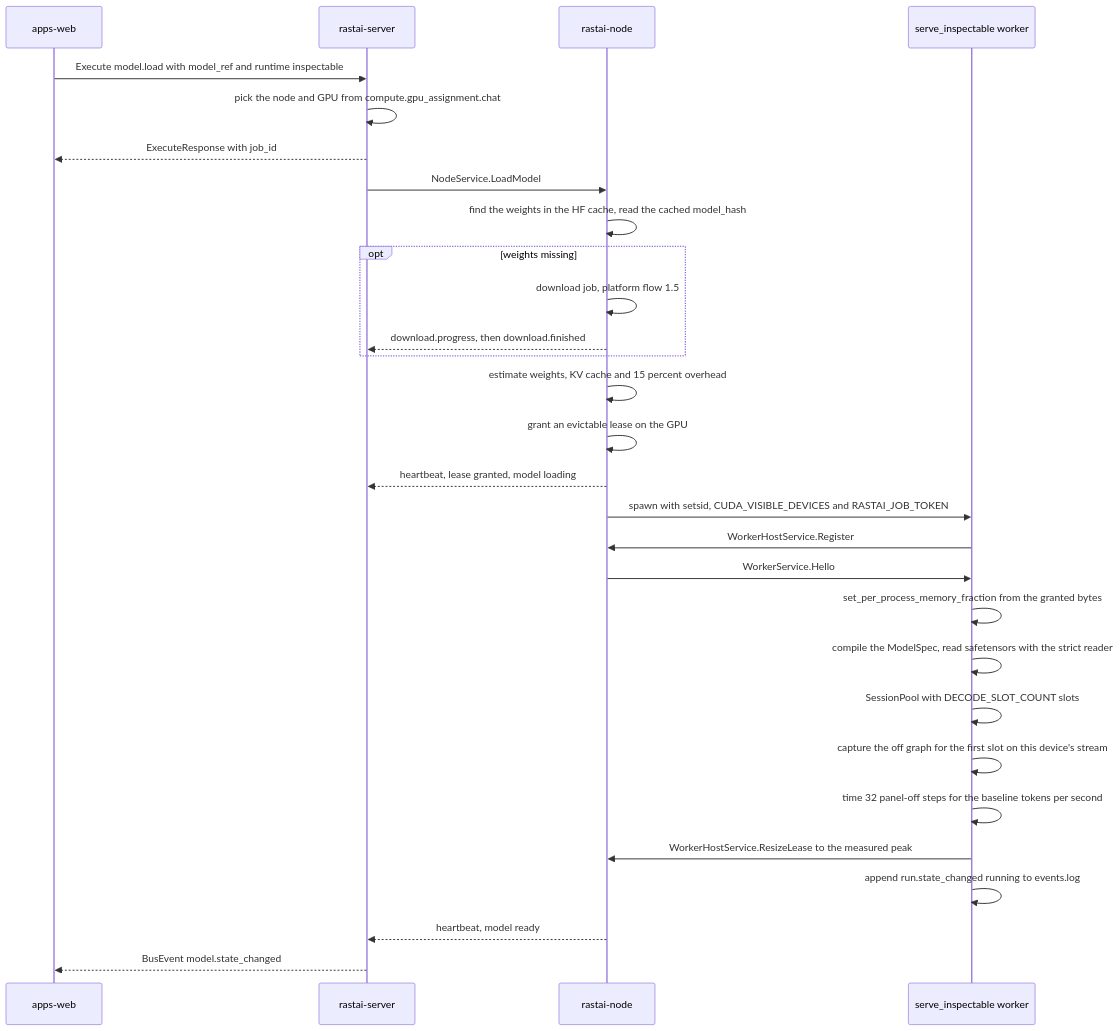
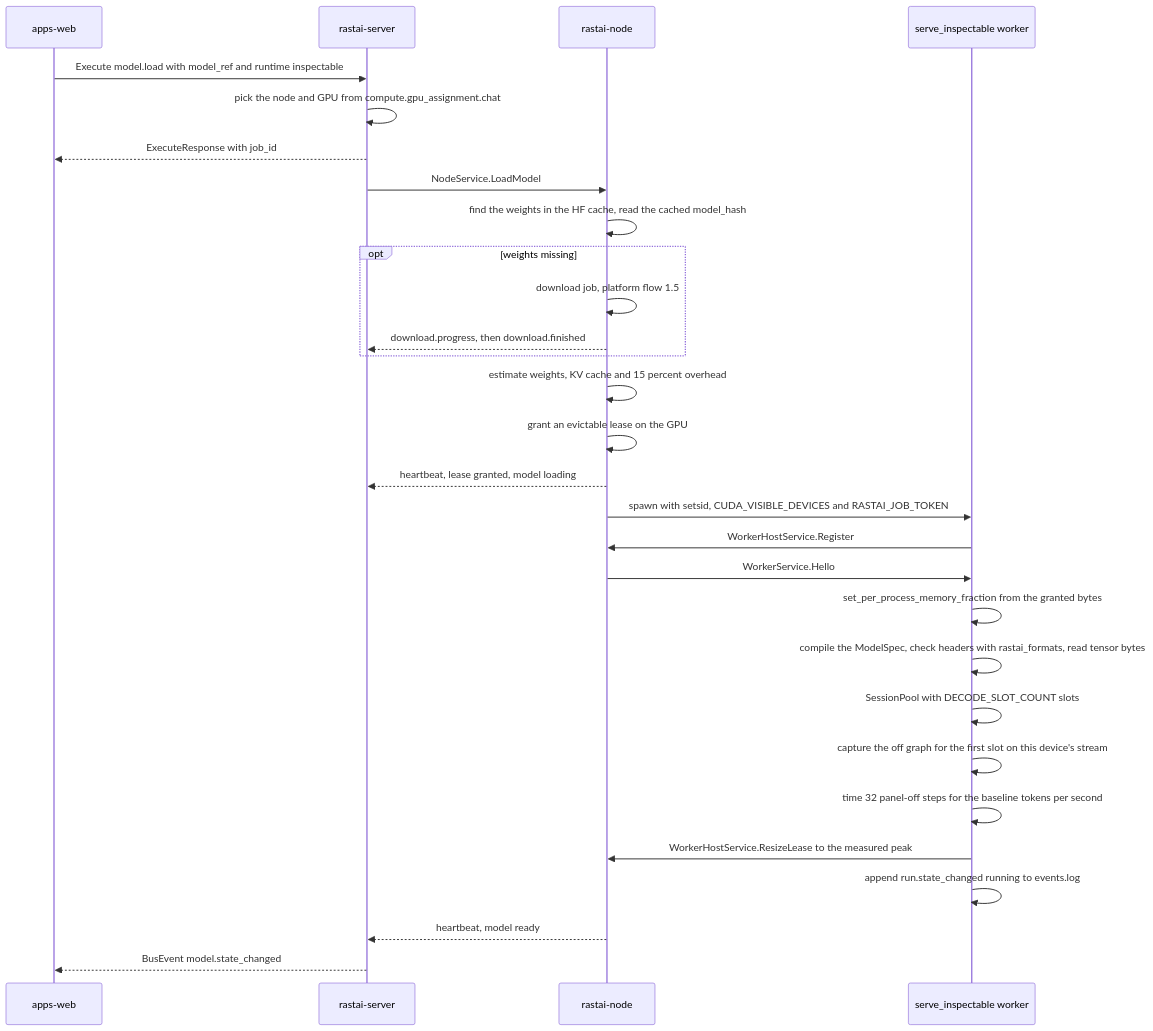
Before and after one commit to Snubiss/RASTAI-Research-Studio: diagram 11 of 31 in docs/architecture/flows/inference-psychology.md, drawn with Mermaid. The commit also changed other lines of this file and 44 other files, not shown here.

````diff
--- a/docs/architecture/flows/inference-psychology.md
+++ b/docs/architecture/flows/inference-psychology.md
@@ -708,31 +727,31 @@
 ```mermaid
 sequenceDiagram
   participant UI as apps-web
   participant SRV as rastai-server
   participant NODE as rastai-node
   participant W as serve_inspectable worker
   UI->>SRV: Execute model.load with model_ref and runtime inspectable
   SRV->>SRV: pick the node and GPU from compute.gpu_assignment.chat
   SRV-->>UI: ExecuteResponse with job_id
   SRV->>NODE: NodeService.LoadModel
   NODE->>NODE: find the weights in the HF cache, read the cached model_hash
   opt weights missing
     NODE->>NODE: download job, platform flow 1.5
     NODE-->>SRV: download.progress, then download.finished
   end
   NODE->>NODE: estimate weights, KV cache and 15 percent overhead
   NODE->>NODE: grant an evictable lease on the GPU
   NODE-->>SRV: heartbeat, lease granted, model loading
   NODE->>W: spawn with setsid, CUDA_VISIBLE_DEVICES and RASTAI_JOB_TOKEN
   W->>NODE: WorkerHostService.Register
   NODE->>W: WorkerService.Hello
   W->>W: set_per_process_memory_fraction from the granted bytes
-  W->>W: compile the ModelSpec, read safetensors with the strict reader
+  W->>W: compile the ModelSpec, check headers with rastai_formats, read tensor bytes
   W->>W: SessionPool with DECODE_SLOT_COUNT slots
   W->>W: capture the off graph for the first slot on this device's stream
   W->>W: time 32 panel-off steps for the baseline tokens per second
   W->>NODE: WorkerHostService.ResizeLease to the measured peak
   W->>W: append run.state_changed running to events.log
   NODE-->>SRV: heartbeat, model ready
   SRV-->>UI: BusEvent model.state_changed
 ```
````
